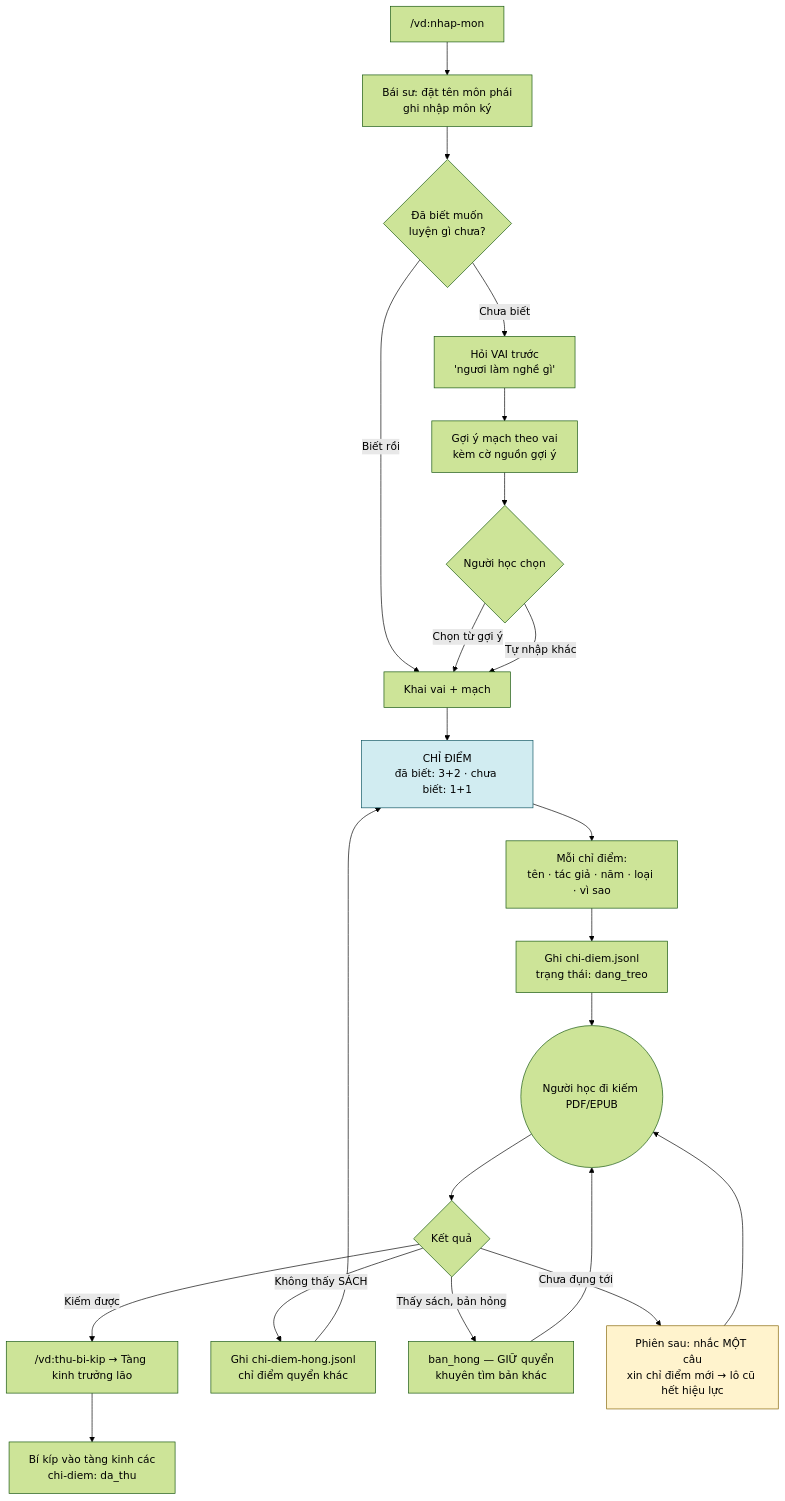
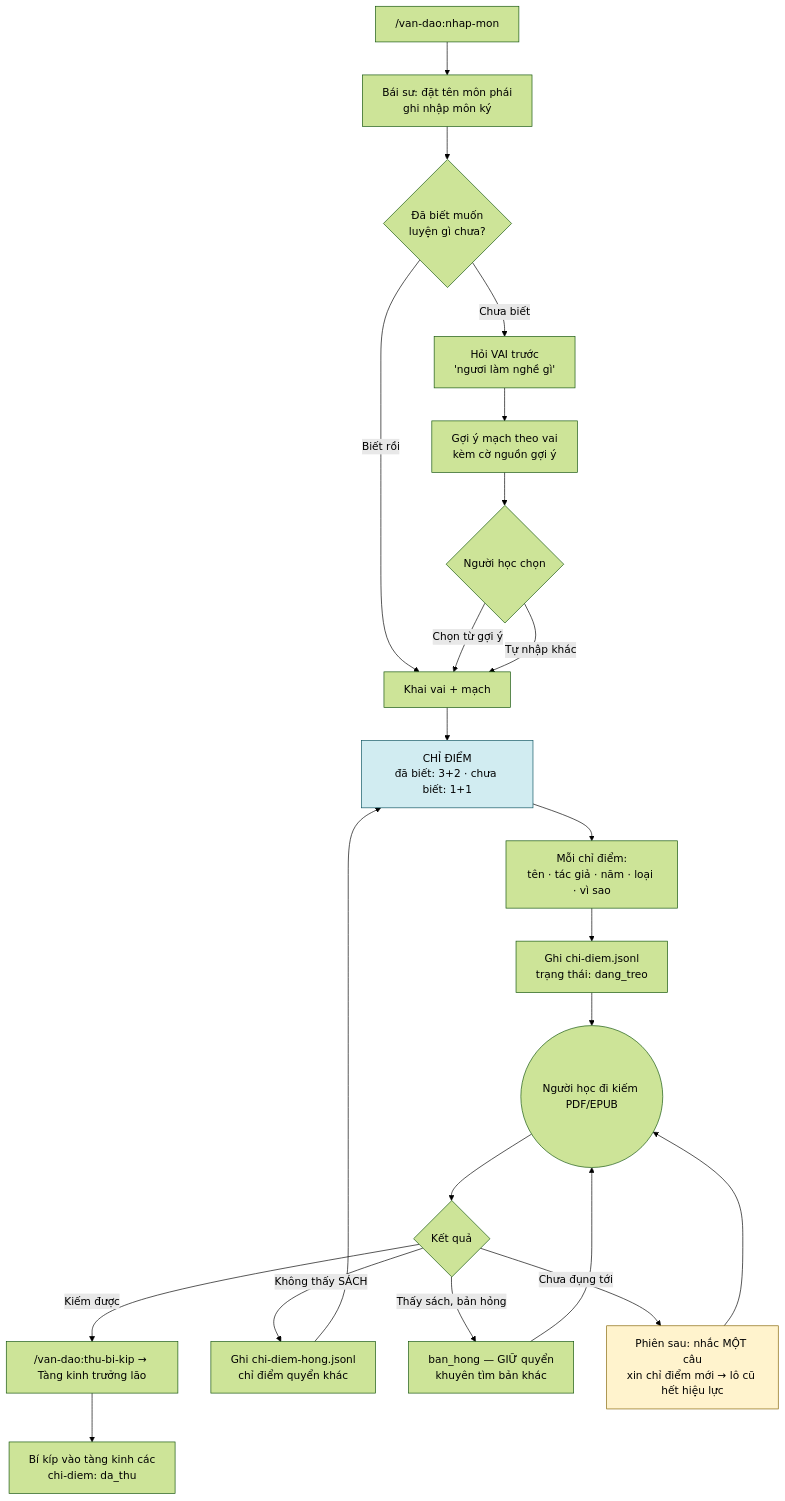
One commit to hanh9898/van-dao-workspace changed diagram 12 of 13 in docs/VAN-DAO-dac-ta-v1.0.md. Above: the diagram before and after it, drawn with Mermaid (forest theme). The commit also changed other lines of this file and 3 other files, not shown here.

First line of the commit message:
feat: Story 1.2 xong — spec, /van-dao:* xuyên suốt, defer chuyển tiếng Anh

````diff
--- a/docs/VAN-DAO-dac-ta-v1.0.md
+++ b/docs/VAN-DAO-dac-ta-v1.0.md
@@ -1408,27 +1408,27 @@
 ```mermaid
 flowchart TD
-    A["/vd:nhap-mon"] --> B["Bái sư: đặt tên môn phái<br/>ghi nhập môn ký"]
+    A["/van-dao:nhap-mon"] --> B["Bái sư: đặt tên môn phái<br/>ghi nhập môn ký"]
     B --> C{"Đã biết muốn<br/>luyện gì chưa?"}
     C -->|"Biết rồi"| D["Khai vai + mạch"]
     C -->|"Chưa biết"| E["Hỏi VAI trước<br/>'ngươi làm nghề gì'"]
     E --> F["Gợi ý mạch theo vai<br/>kèm cờ nguồn gợi ý"]
     F --> G{"Người học chọn"}
     G -->|"Chọn từ gợi ý"| D
     G -->|"Tự nhập khác"| D
     D --> H["CHỈ ĐIỂM<br/>đã biết: 3+2 · chưa biết: 1+1"]
     H --> I["Mỗi chỉ điểm:<br/>tên · tác giả · năm · loại · vì sao"]
     I --> J["Ghi chi-diem.jsonl<br/>trạng thái: dang_treo"]
     J --> K(("Người học đi kiếm PDF/EPUB"))
     K --> L{"Kết quả"}
-    L -->|"Kiếm được"| M["/vd:thu-bi-kip → Tàng kinh trưởng lão"]
+    L -->|"Kiếm được"| M["/van-dao:thu-bi-kip → Tàng kinh trưởng lão"]
     L -->|"Không thấy SÁCH"| N["Ghi chi-diem-hong.jsonl<br/>chỉ điểm quyển khác"]
     L -->|"Thấy sách, bản hỏng"| BH["ban_hong — GIỮ quyển<br/>khuyên tìm bản khác"]
     L -->|"Chưa đụng tới"| O["Phiên sau: nhắc MỘT câu<br/>xin chỉ điểm mới → lô cũ hết hiệu lực"]
     N --> H
     BH --> K
     O --> K
     M --> P["Bí kíp vào tàng kinh các<br/>chi-diem: da_thu"]
 
     style H fill:#d1ecf1,stroke:#0c5460
     style O fill:#fff3cd,stroke:#856404
 ```
````
